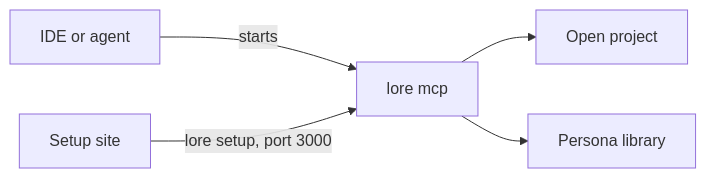
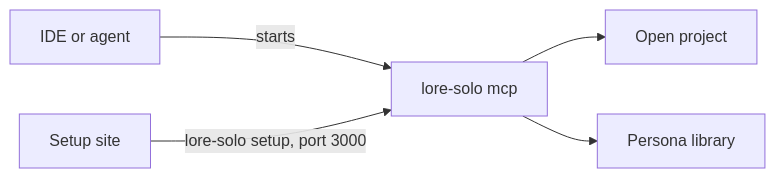
The first of 6 diagrams in docs/solo/HOW_IT_WORKS.md (starrynight-web/LORE), drawn with Mermaid before and after one commit. The commit also changed other lines of this file and 39 other files, not shown here.

First line of the commit message:
Make Lore Solo installable with one command and finish the setup screens.

````diff
--- a/docs/solo/HOW_IT_WORKS.md
+++ b/docs/solo/HOW_IT_WORKS.md
@@ -13,12 +13,12 @@
 ```mermaid
 flowchart LR
   ide[IDE or agent]
   site[Setup site]
-  lore["lore mcp"]
+  lore["lore-solo mcp"]
   project[Open project]
   library[Persona library]
   ide -->|starts| lore
-  site -->|"lore setup, port 3000"| lore
+  site -->|"lore-solo setup, port 3000"| lore
   lore --> project
   lore --> library
 ```
````
